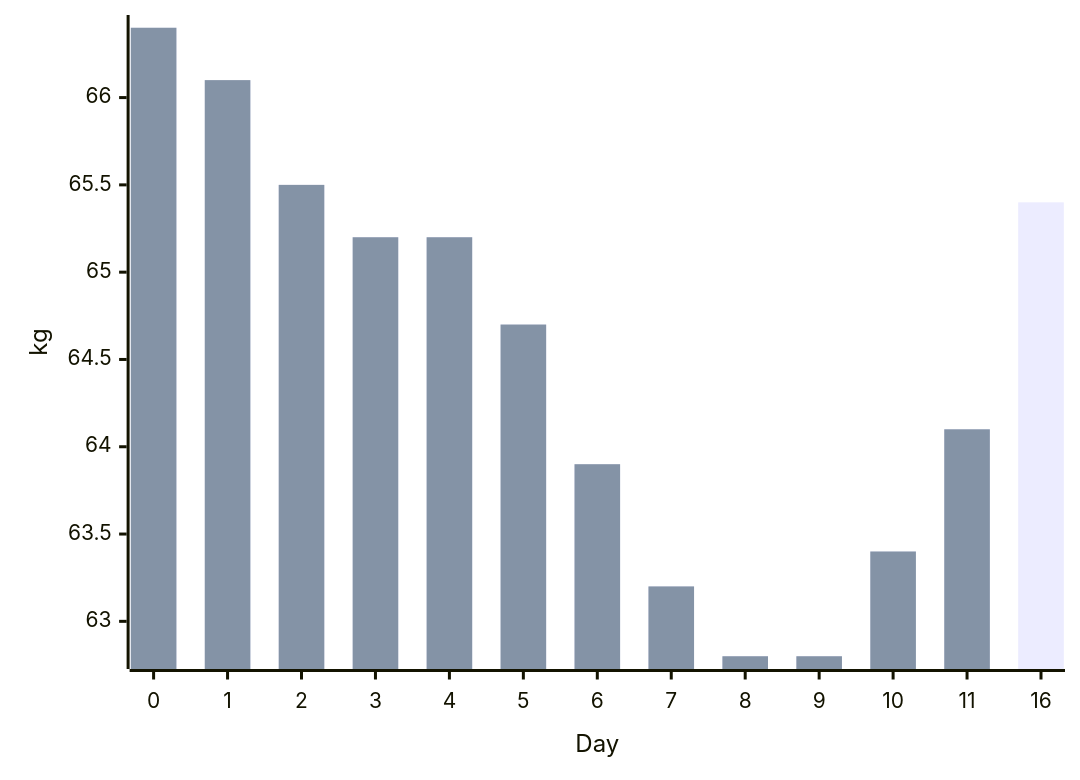
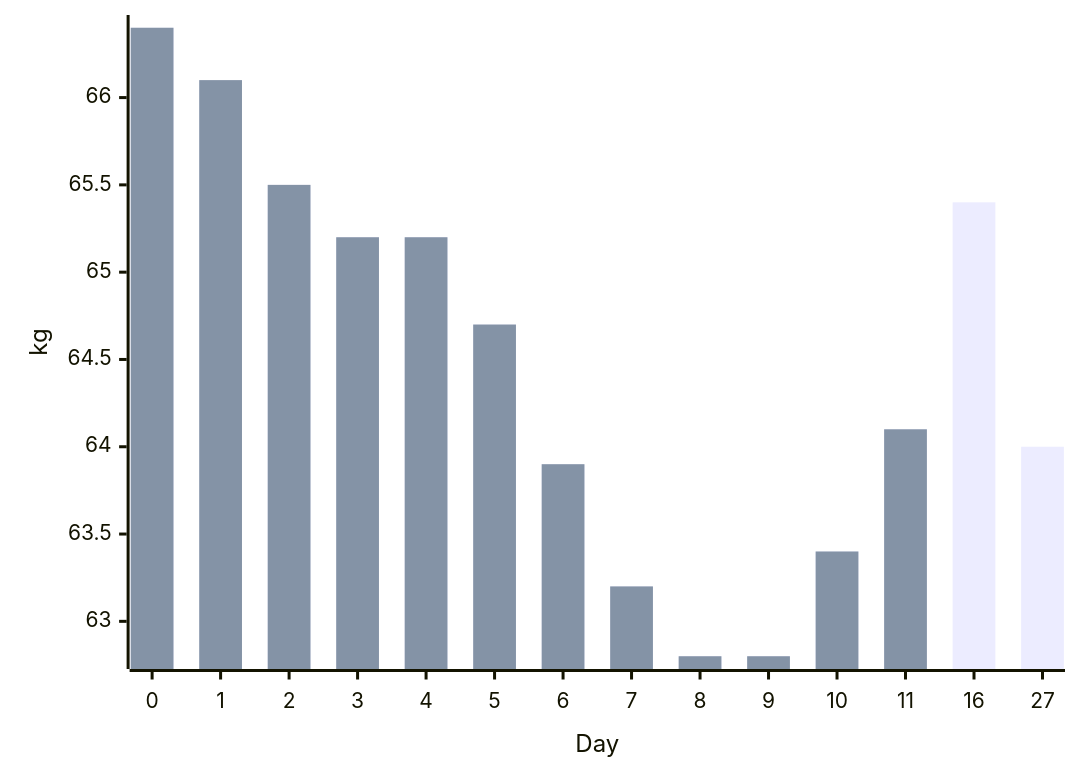
Before and after one commit to phil-m-kopp/phil-m-kopp.github.io: diagram 11 of 16 in docs/articles/posts/personal-development/experience-strict-fasting-8days/experience-strict-fasting-8days.md, drawn with Mermaid. The commit also changed other lines of this file and 7 other files, not shown here.

````diff
--- a/docs/articles/posts/personal-development/experience-strict-fasting-8days/experience-strict-fasting-8days.md
+++ b/docs/articles/posts/personal-development/experience-strict-fasting-8days/experience-strict-fasting-8days.md
@@ -304,8 +314,8 @@
 ``` mermaid
 xychart-beta
-        x-axis "Day" [0, 1, 2, 3, 4, 5, 6, 7, 8, 9, 10, 11, 16]
+        x-axis "Day" [0, 1, 2, 3, 4, 5, 6, 7, 8, 9, 10, 11, 16, 27]
         y-axis "kg"
 
-        bar [66.4, 66.1, 65.5, 65.2, 65.2, 64.7, 63.9, 63.2, 62.8, 62.8, 63.4, 64.1, 65.4]
+        bar [66.4, 66.1, 65.5, 65.2, 65.2, 64.7, 63.9, 63.2, 62.8, 62.8, 63.4, 64.1, 65.4, 64.0]
         bar [66.4, 66.1, 65.5, 65.2, 65.2, 64.7, 63.9, 63.2, 62.8, 62.8, 63.4, 64.1]
 ```
````
